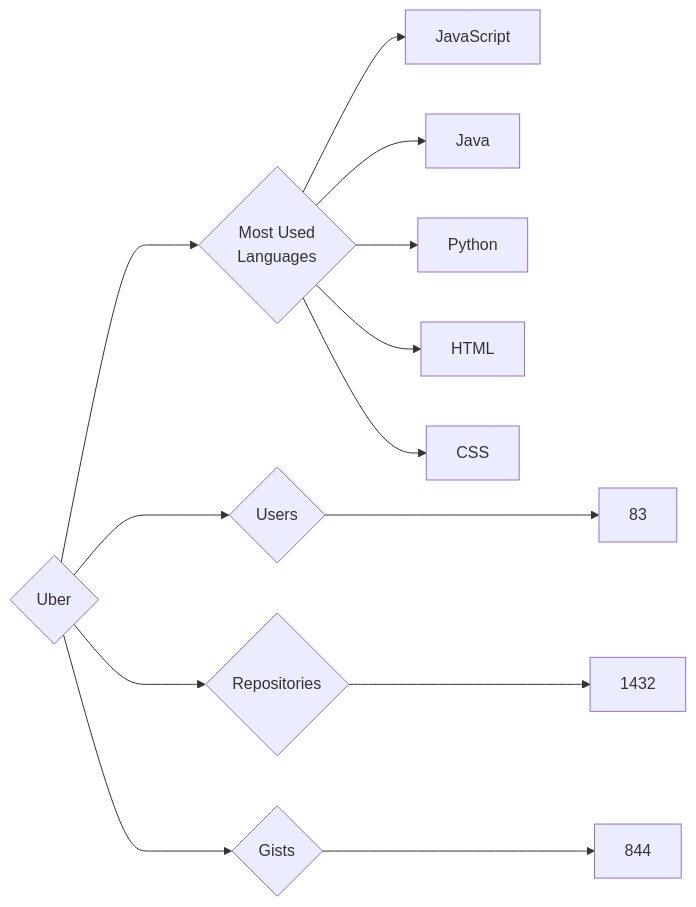
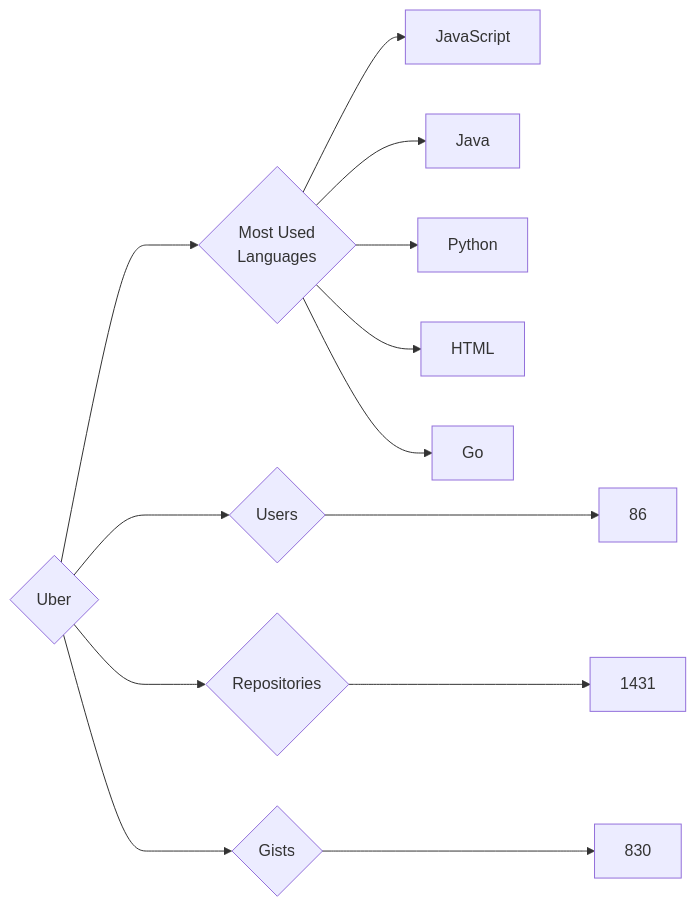
Before and after one commit to trickest/insiders: the diagram in targets/Uber/README.md, drawn with Mermaid. The commit also changed 851 other files, not shown here.

````diff
--- a/targets/Uber/README.md
+++ b/targets/Uber/README.md
@@ -3,13 +3,13 @@
 ```mermaid
 graph LR
 COMPANY_NAME{Uber}
-COMPANY_NAME ---> U{Users} ---> UN[83]
-COMPANY_NAME ---> R{Repositories} ---> RN[1432]
-COMPANY_NAME ---> G{Gists} ---> GN[844]
+COMPANY_NAME ---> U{Users} ---> UN[86]
+COMPANY_NAME ---> R{Repositories} ---> RN[1431]
+COMPANY_NAME ---> G{Gists} ---> GN[830]
 COMPANY_NAME ---> ML{Most Used<br>Languages}
 ML --> JavaScript[JavaScript]
 ML --> Java[Java]
 ML --> Python[Python]
 ML --> HTML[HTML]
-ML --> CSS[CSS]
+ML --> Go[Go]
 ```
````
